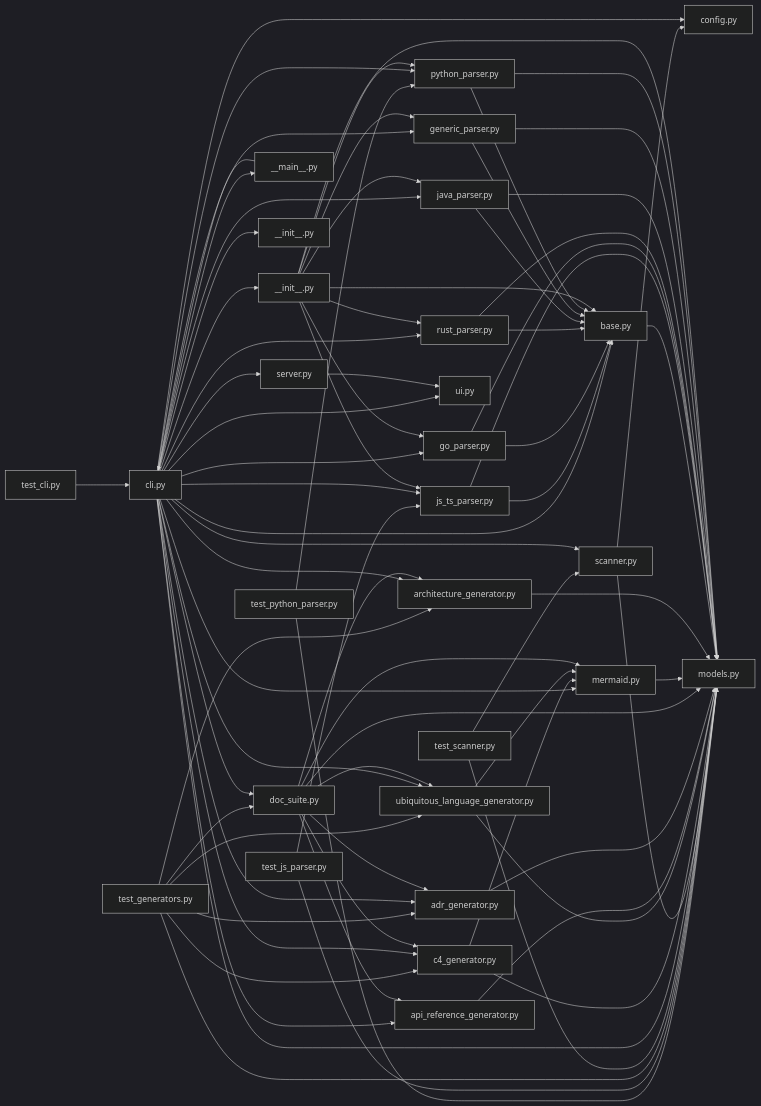
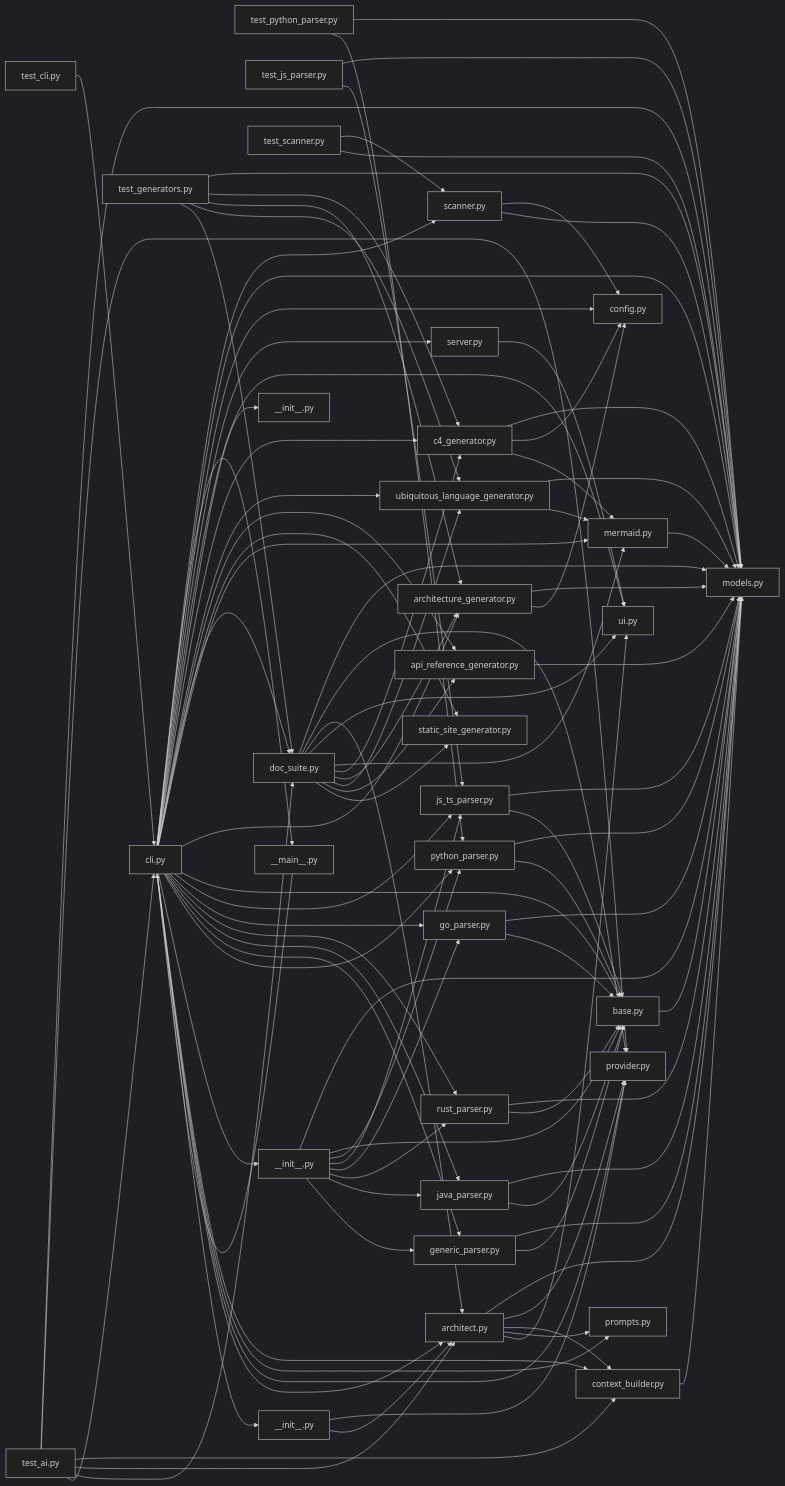
The tenth of 10 diagrams in DOCUMENTATION.md (marcoswferreira/doc-gen), drawn with Mermaid (dark theme) before and after one commit. The commit also changed other lines of this file and 32 other files, not shown here.

First line of the commit message:
Add unit tests for AI subsystem and update CLI and generator tests

````diff
--- a/DOCUMENTATION.md
+++ b/DOCUMENTATION.md
@@ -1942,10 +2199,15 @@
     tests_test_python_parser_py["test_python_parser.py"] --> docgen_parsers_python_parser_py["python_parser.py"]
     tests_test_js_parser_py["test_js_parser.py"] --> docgen_models_py["models.py"]
     tests_test_js_parser_py["test_js_parser.py"] --> docgen_parsers_js_ts_parser_py["js_ts_parser.py"]
+    tests_test_ai_py["test_ai.py"] --> docgen_models_py["models.py"]
+    tests_test_ai_py["test_ai.py"] --> docgen_ai_provider_py["provider.py"]
+    tests_test_ai_py["test_ai.py"] --> docgen_ai_context_builder_py["context_builder.py"]
+    tests_test_ai_py["test_ai.py"] --> docgen_ai_architect_py["architect.py"]
+    tests_test_ai_py["test_ai.py"] --> docgen_generators_doc_suite_py["doc_suite.py"]
+    tests_test_ai_py["test_ai.py"] --> docgen_cli_py["cli.py"]
     tests_test_generators_py["test_generators.py"] --> docgen_models_py["models.py"]
     tests_test_generators_py["test_generators.py"] --> docgen_generators_c4_generator_py["c4_generator.py"]
     tests_test_generators_py["test_generators.py"] --> docgen_generators_architecture_generator_py["architecture_generator.py"]
-    tests_test_generators_py["test_generators.py"] --> docgen_generators_adr_generator_py["adr_generator.py"]
     tests_test_generators_py["test_generators.py"] --> docgen_generators_ubiquitous_language_generator_py["ubiquitous_language_generator.py"]
     tests_test_generators_py["test_generators.py"] --> docgen_generators_doc_suite_py["doc_suite.py"]
     tests_test_scanner_py["test_scanner.py"] --> docgen_scanner_py["scanner.py"]
@@ -1963,8 +2225,8 @@
     docgen_cli_py["cli.py"] --> docgen_generators_c4_generator_py["c4_generator.py"]
     docgen_cli_py["cli.py"] --> docgen_generators_ubiquitous_language_generator_py["ubiquitous_language_generator.py"]
     docgen_cli_py["cli.py"] --> docgen_generators_api_reference_generator_py["api_reference_generator.py"]
-    docgen_cli_py["cli.py"] --> docgen_generators_adr_generator_py["adr_generator.py"]
     docgen_cli_py["cli.py"] --> docgen_generators_doc_suite_py["doc_suite.py"]
+    docgen_cli_py["cli.py"] --> docgen_generators_static_site_generator_py["static_site_generator.py"]
     docgen_cli_py["cli.py"] --> docgen_generators_mermaid_py["mermaid.py"]
     docgen_cli_py["cli.py"] --> docgen_generators_architecture_generator_py["architecture_generator.py"]
     docgen_cli_py["cli.py"] --> docgen_parsers_base_py["base.py"]
@@ -1975,22 +2237,31 @@
     docgen_cli_py["cli.py"] --> docgen_parsers_generic_parser_py["generic_parser.py"]
     docgen_cli_py["cli.py"] --> docgen_parsers_python_parser_py["python_parser.py"]
     docgen_cli_py["cli.py"] --> docgen_parsers___init___py["__init__.py"]
+    docgen_cli_py["cli.py"] --> docgen_ai_context_builder_py["context_builder.py"]
+    docgen_cli_py["cli.py"] --> docgen_ai_prompts_py["prompts.py"]
+    docgen_cli_py["cli.py"] --> docgen_ai_provider_py["provider.py"]
+    docgen_cli_py["cli.py"] --> docgen_ai_architect_py["architect.py"]
+    docgen_cli_py["cli.py"] --> docgen_ai___init___py["__init__.py"]
     docgen_server_py["server.py"] --> docgen_ui_py["ui.py"]
     docgen_generators_c4_generator_py["c4_generator.py"] --> docgen_models_py["models.py"]
+    docgen_generators_c4_generator_py["c4_generator.py"] --> docgen_config_py["config.py"]
     docgen_generators_c4_generator_py["c4_generator.py"] --> docgen_generators_mermaid_py["mermaid.py"]
     docgen_generators_ubiquitous_language_generator_py["ubiquitous_language_generator.py"] --> docgen_models_py["models.py"]
     docgen_generators_ubiquitous_language_generator_py["ubiquitous_language_generator.py"] --> docgen_generators_mermaid_py["mermaid.py"]
     docgen_generators_api_reference_generator_py["api_reference_generator.py"] --> docgen_models_py["models.py"]
-    docgen_generators_adr_generator_py["adr_generator.py"] --> docgen_models_py["models.py"]
     docgen_generators_doc_suite_py["doc_suite.py"] --> docgen_models_py["models.py"]
+    docgen_generators_doc_suite_py["doc_suite.py"] --> docgen_ai_provider_py["provider.py"]
+    docgen_generators_doc_suite_py["doc_suite.py"] --> docgen_ai_architect_py["architect.py"]
+    docgen_generators_doc_suite_py["doc_suite.py"] --> docgen_ui_py["ui.py"]
     docgen_generators_doc_suite_py["doc_suite.py"] --> docgen_generators_mermaid_py["mermaid.py"]
     docgen_generators_doc_suite_py["doc_suite.py"] --> docgen_generators_c4_generator_py["c4_generator.py"]
     docgen_generators_doc_suite_py["doc_suite.py"] --> docgen_generators_architecture_generator_py["architecture_generator.py"]
-    docgen_generators_doc_suite_py["doc_suite.py"] --> docgen_generators_adr_generator_py["adr_generator.py"]
     docgen_generators_doc_suite_py["doc_suite.py"] --> docgen_generators_ubiquitous_language_generator_py["ubiquitous_language_generator.py"]
     docgen_generators_doc_suite_py["doc_suite.py"] --> docgen_generators_api_reference_generator_py["api_reference_generator.py"]
+    docgen_generators_doc_suite_py["doc_suite.py"] --> docgen_generators_static_site_generator_py["static_site_generator.py"]
     docgen_generators_mermaid_py["mermaid.py"] --> docgen_models_py["models.py"]
     docgen_generators_architecture_generator_py["architecture_generator.py"] --> docgen_models_py["models.py"]
+    docgen_generators_architecture_generator_py["architecture_generator.py"] --> docgen_config_py["config.py"]
     docgen_parsers_base_py["base.py"] --> docgen_models_py["models.py"]
     docgen_parsers_js_ts_parser_py["js_ts_parser.py"] --> docgen_models_py["models.py"]
     docgen_parsers_js_ts_parser_py["js_ts_parser.py"] --> docgen_parsers_base_py["base.py"]
@@ -2012,4 +2283,12 @@
     docgen_parsers___init___py["__init__.py"] --> docgen_parsers_rust_parser_py["rust_parser.py"]
     docgen_parsers___init___py["__init__.py"] --> docgen_parsers_java_parser_py["java_parser.py"]
     docgen_parsers___init___py["__init__.py"] --> docgen_parsers_generic_parser_py["generic_parser.py"]
+    docgen_ai_context_builder_py["context_builder.py"] --> docgen_models_py["models.py"]
+    docgen_ai_architect_py["architect.py"] --> docgen_models_py["models.py"]
+    docgen_ai_architect_py["architect.py"] --> docgen_ai_provider_py["provider.py"]
+    docgen_ai_architect_py["architect.py"] --> docgen_ai_context_builder_py["context_builder.py"]
+    docgen_ai_architect_py["architect.py"] --> docgen_ai_prompts_py["prompts.py"]
+    docgen_ai_architect_py["architect.py"] --> docgen_ui_py["ui.py"]
+    docgen_ai___init___py["__init__.py"] --> docgen_ai_provider_py["provider.py"]
+    docgen_ai___init___py["__init__.py"] --> docgen_ai_architect_py["architect.py"]
 ```
````
